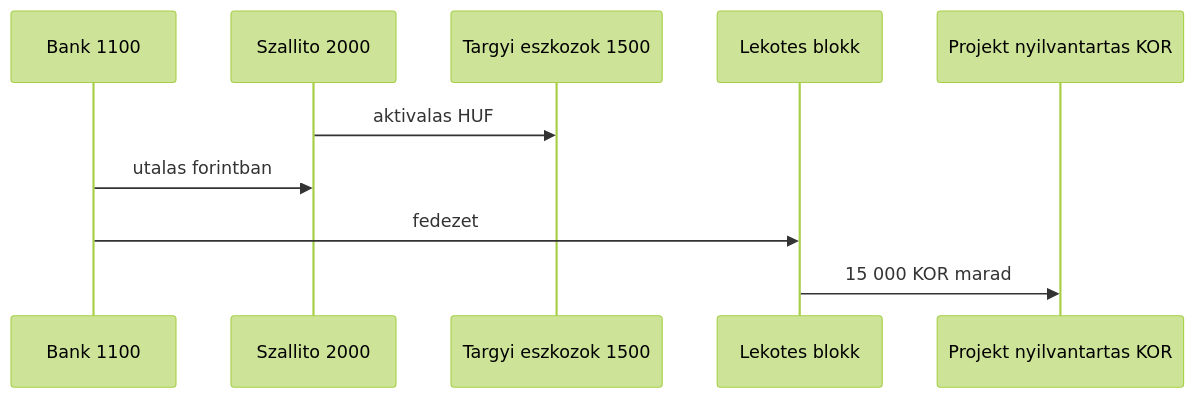
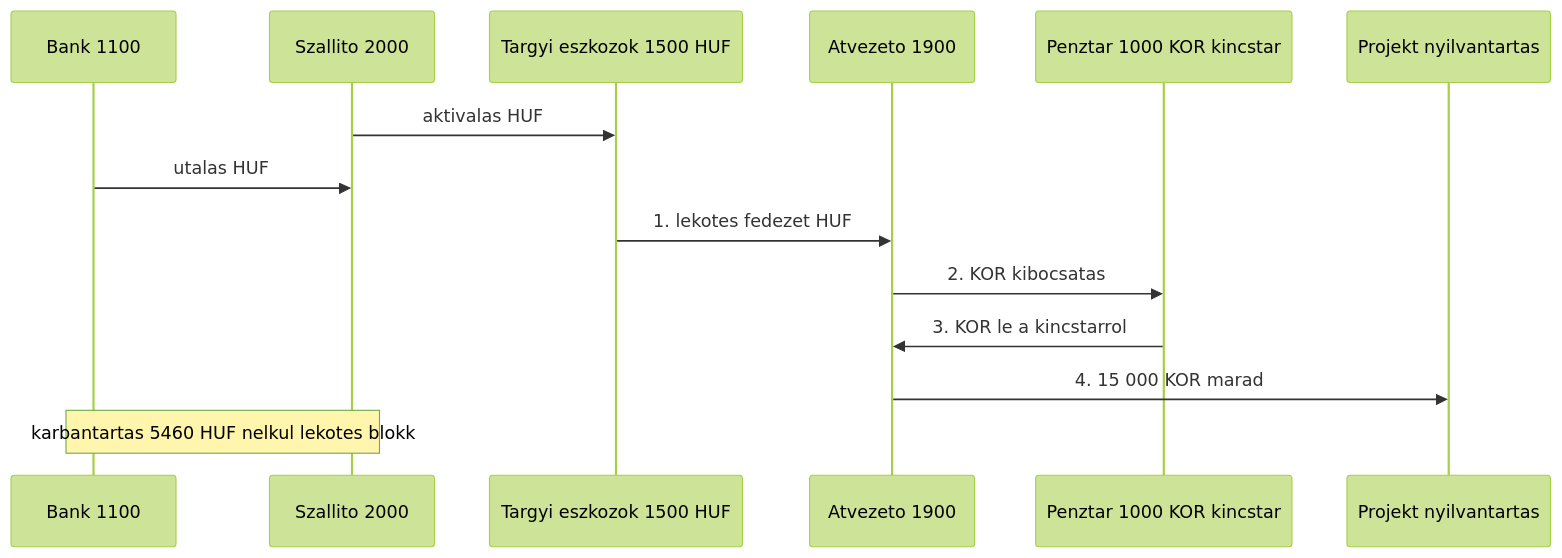
One commit to pitiboy/curr changed the tenth of 17 diagrams in docs/transaction-workflow.md. Above: the diagram before and after it, drawn with Mermaid (forest theme). The commit also changed other lines of this file, not shown here.

````diff
--- a/docs/transaction-workflow.md
+++ b/docs/transaction-workflow.md
@@ -458,13 +473,17 @@
 ```mermaid
 sequenceDiagram
   participant Bank as Bank 1100
   participant Szallito as Szallito 2000
-  participant Eszkoz as Targyi eszkozok 1500
-  participant Lekotes as Lekotes blokk
-  participant Projekt as Projekt nyilvantartas KOR
+  participant Eszkoz as Targyi eszkozok 1500 HUF
+  participant Atv as Atvezeto 1900
+  participant Kt as Penztar 1000 KOR kincstar
+  participant Projekt as Projekt nyilvantartas
 
   Szallito->>Eszkoz: aktivalas HUF
-  Bank->>Szallito: utalas forintban
-  Bank->>Lekotes: fedezet
-  Lekotes->>Projekt: 15 000 KOR marad
+  Bank->>Szallito: utalas HUF
+  Eszkoz->>Atv: 1. lekotes fedezet HUF
+  Atv->>Kt: 2. KOR kibocsatas
+  Kt->>Atv: 3. KOR le a kincstarrol
+  Atv->>Projekt: 4. 15 000 KOR marad
+  Note over Bank,Szallito: karbantartas 5460 HUF nelkul lekotes blokk
 ```
````
